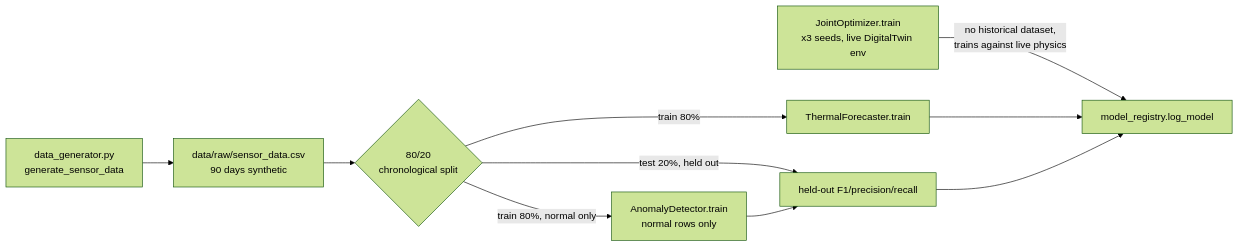
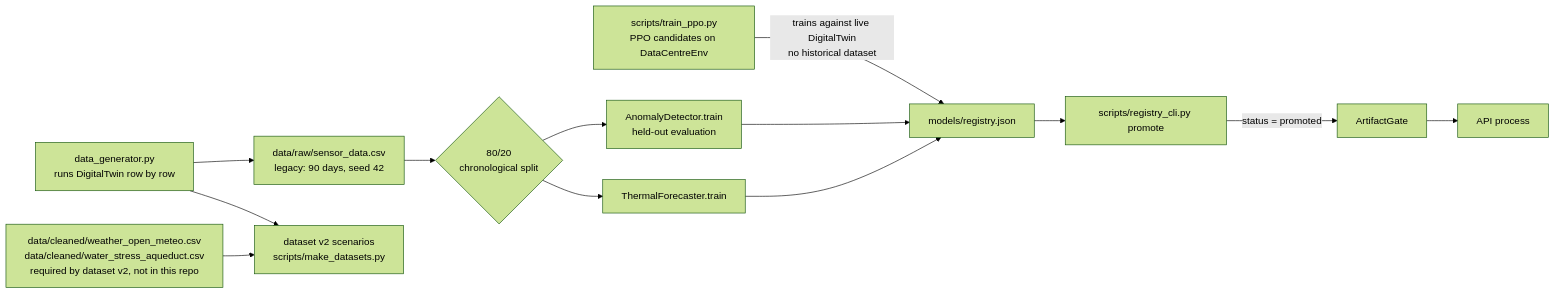
The first of 2 diagrams in docs/architecture/data_flow.md (lakshay-aggarwal-codes/TwinGrid), drawn with Mermaid (forest theme) before and after one commit. The commit also changed other lines of this file and 9 other files, not shown here.

````diff
--- a/docs/architecture/data_flow.md
+++ b/docs/architecture/data_flow.md
@@ -5,20 +8,23 @@
 ```mermaid
 graph LR
-    Gen[data_generator.py<br/>generate_sensor_data]
-    CSV[data/raw/sensor_data.csv<br/>90 days synthetic]
+    Wx[data/cleaned/weather_open_meteo.csv<br/>data/cleaned/water_stress_aqueduct.csv<br/>required by dataset v2, not in this repo]
+    Gen[data_generator.py<br/>runs DigitalTwin row by row]
+    CSV[data/raw/sensor_data.csv<br/>legacy: 90 days, seed 42]
+    DS[dataset v2 scenarios<br/>scripts/make_datasets.py]
     Split{80/20<br/>chronological split}
-    LSTMTrain[ThermalForecaster.train]
-    AnomTrain[AnomalyDetector.train<br/>normal rows only]
-    AnomEval[held-out F1/precision/recall]
-    PPOTrain[JointOptimizer.train<br/>x3 seeds, live DigitalTwin env]
-    Reg[model_registry.log_model]
+    LSTM[ThermalForecaster.train]
+    Anom[AnomalyDetector.train<br/>held-out evaluation]
+    PPO[scripts/train_ppo.py<br/>PPO candidates on DataCentreEnv]
+    Reg[models/registry.json]
+    Prom[scripts/registry_cli.py promote]
+    Gate[ArtifactGate]
+    API[API process]
 
+    Wx --> DS
     Gen --> CSV --> Split
-    Split -->|train 80%| LSTMTrain
-    Split -->|train 80%, normal only| AnomTrain
-    Split -->|test 20%, held out| AnomEval
-    AnomTrain --> AnomEval
-    PPOTrain -->|no historical dataset,<br/>trains against live physics| Reg
-    LSTMTrain --> Reg
-    AnomEval --> Reg
+    Gen --> DS
+    Split --> LSTM --> Reg
+    Split --> Anom --> Reg
+    PPO -->|trains against live DigitalTwin<br/>no historical dataset| Reg
+    Reg --> Prom -->|status = promoted| Gate --> API
 ```
````
